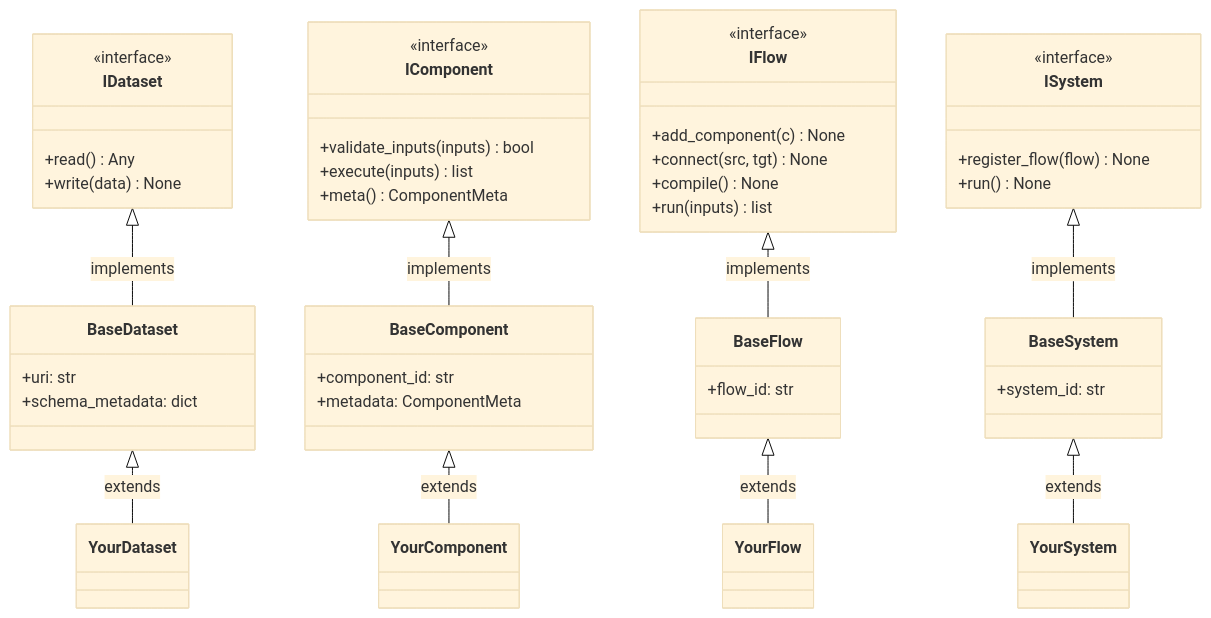
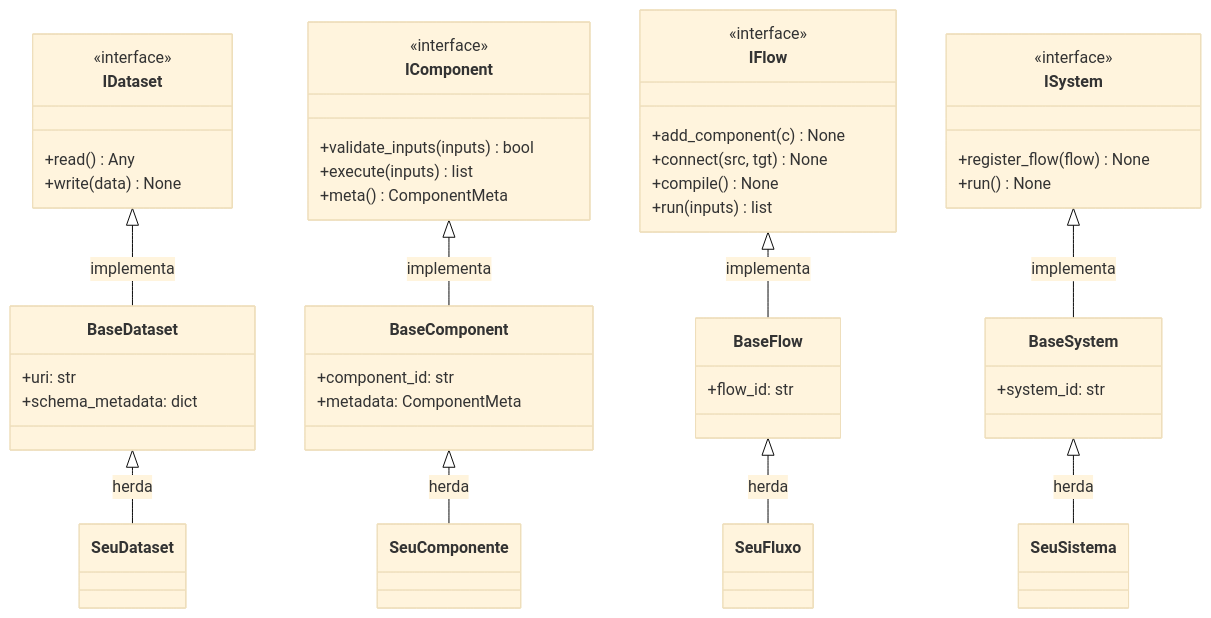
One commit to antunes-hq/aptdata-flow-os changed the second of 3 diagrams in docs/architecture.md. Above: the diagram before and after it, drawn with Mermaid (base theme). The commit also changed other lines of this file and 12 other files, not shown here.

````diff
--- a/docs/architecture.md
+++ b/docs/architecture.md
@@ -29,51 +27,51 @@
 ```mermaid
 classDiagram
     class IDataset {
         <<interface>>
         +read() Any
         +write(data) None
     }
     class IComponent {
         <<interface>>
         +validate_inputs(inputs) bool
         +execute(inputs) list
         +meta() ComponentMeta
     }
     class IFlow {
         <<interface>>
         +add_component(c) None
         +connect(src, tgt) None
         +compile() None
         +run(inputs) list
     }
     class ISystem {
         <<interface>>
         +register_flow(flow) None
         +run() None
     }
 
     class BaseDataset {
         +uri: str
         +schema_metadata: dict
     }
     class BaseComponent {
         +component_id: str
         +metadata: ComponentMeta
     }
     class BaseFlow {
         +flow_id: str
     }
     class BaseSystem {
         +system_id: str
     }
 
-    IDataset <|-- BaseDataset : implements
-    IComponent <|-- BaseComponent : implements
-    IFlow <|-- BaseFlow : implements
-    ISystem <|-- BaseSystem : implements
+    IDataset <|-- BaseDataset : implementa
+    IComponent <|-- BaseComponent : implementa
+    IFlow <|-- BaseFlow : implementa
+    ISystem <|-- BaseSystem : implementa
 
-    BaseDataset <|-- YourDataset : extends
-    BaseComponent <|-- YourComponent : extends
-    BaseFlow <|-- YourFlow : extends
-    BaseSystem <|-- YourSystem : extends
+    BaseDataset <|-- SeuDataset : herda
+    BaseComponent <|-- SeuComponente : herda
+    BaseFlow <|-- SeuFluxo : herda
+    BaseSystem <|-- SeuSistema : herda
 ```
````
